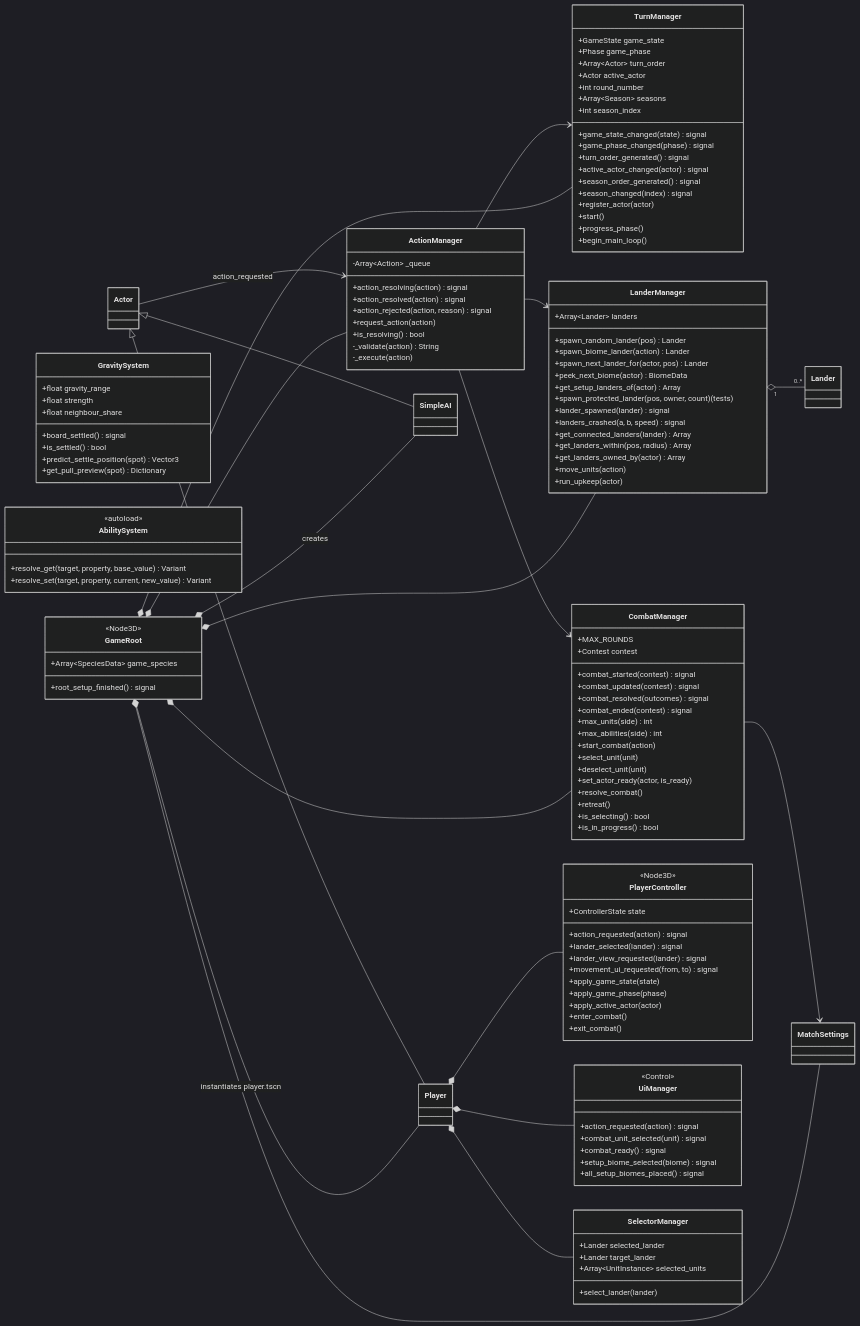
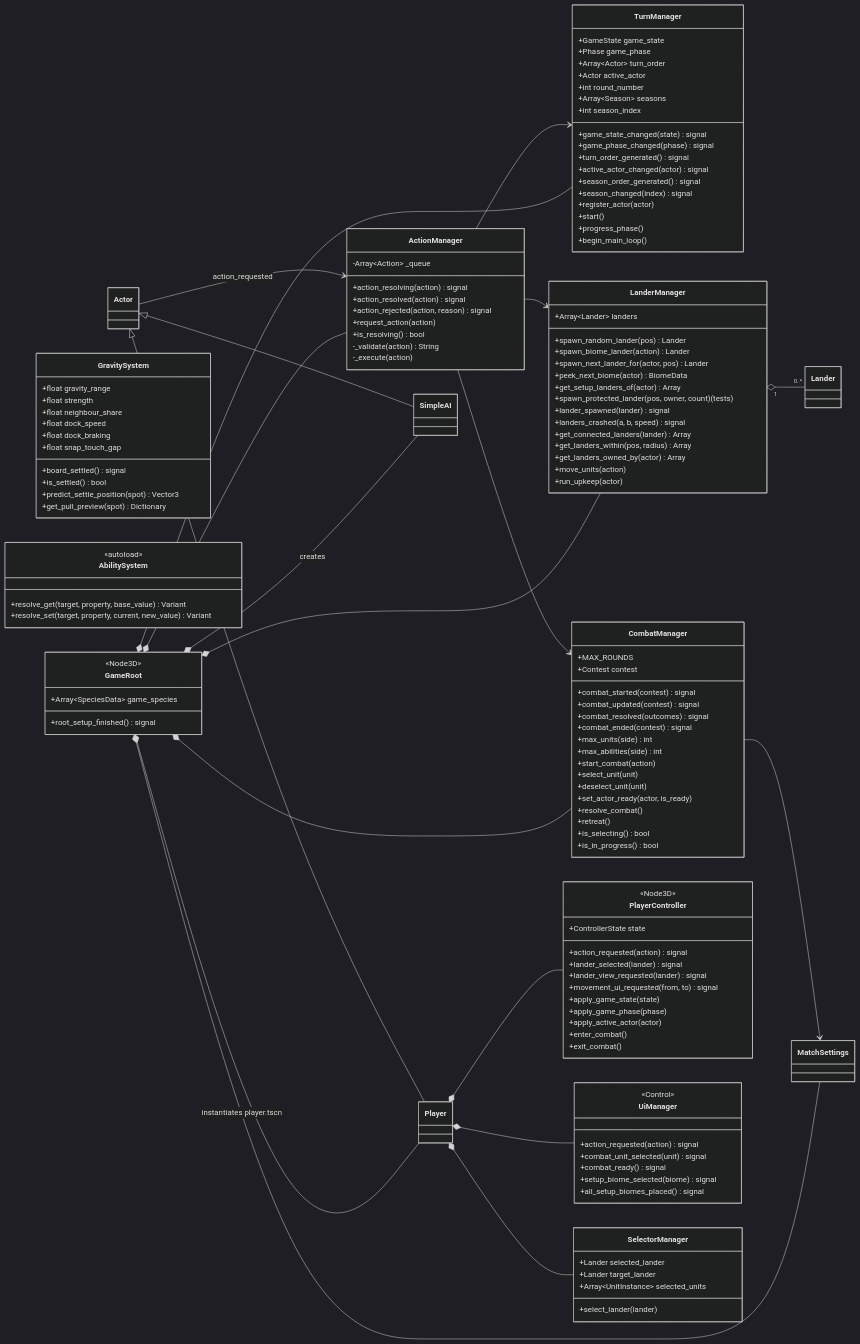
The third of 9 diagrams in docs/diagrams.md (OscarPatchworth/BsOW), drawn with Mermaid (dark theme) before and after one commit. The commit also changed other lines of this file and 13 other files, not shown here.

```diff
--- a/docs/diagrams.md
+++ b/docs/diagrams.md
@@ -396,6 +397,9 @@
         +float gravity_range
         +float strength
         +float neighbour_share
+        +float dock_speed
+        +float dock_braking
+        +float snap_touch_gap
         +is_settled() bool
         +predict_settle_position(spot) Vector3
         +get_pull_preview(spot) Dictionary
```
